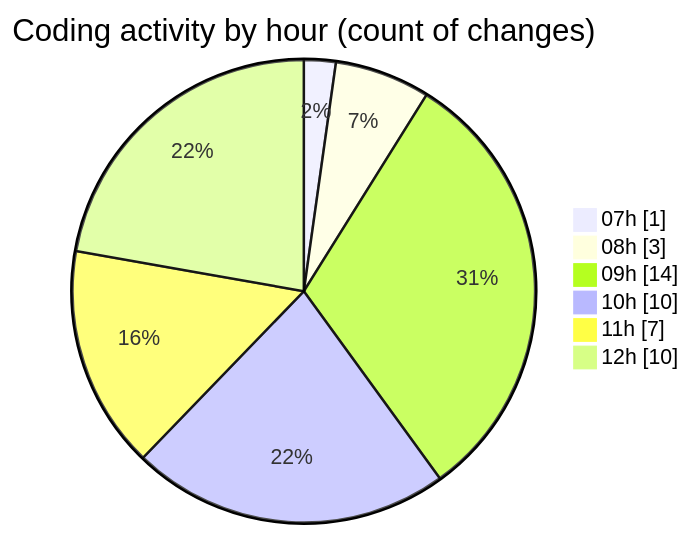
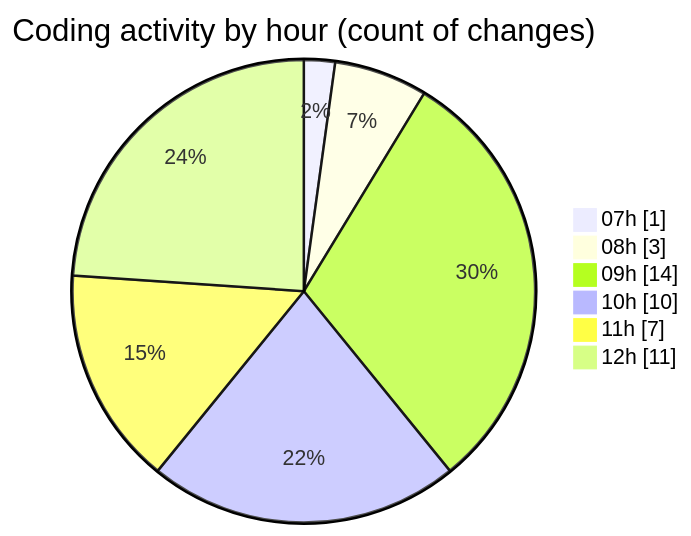
One commit to tmsrecording-cyber/code-tracking changed the second of 2 diagrams in 2026-02-02/singularitybrainai/README.md. Above: the diagram before and after it, drawn with Mermaid. The commit also changed other lines of this file and 1 other file, not shown here.

````diff
--- a/2026-02-02/singularitybrainai/README.md
+++ b/2026-02-02/singularitybrainai/README.md
@@ -40,10 +40,10 @@
 ```mermaid
 pie showData
 title Coding activity by hour (count of changes)
 "07h" : 1
 "08h" : 3
 "09h" : 14
 "10h" : 10
 "11h" : 7
-"12h" : 10
+"12h" : 11
 ```
````
